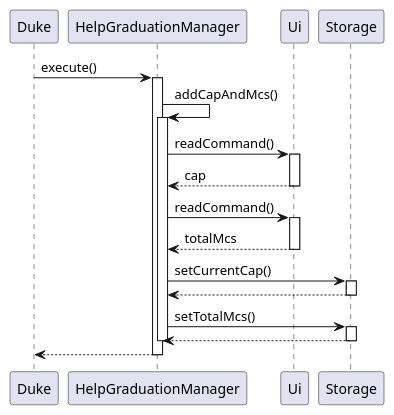
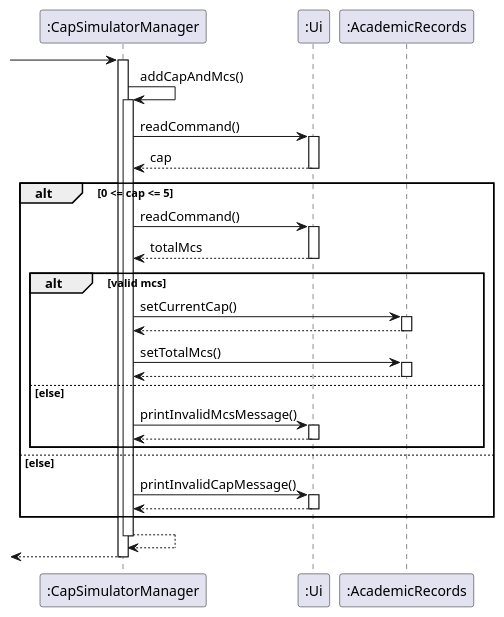
Before and after one commit to nus-cs2113-AY2021S2/tp: the diagram in docs/diagrams/capCalculator/addCapAndMcs.puml, drawn with PlantUML. The commit also changed 6 other files, not shown here.

Commit message:
fix DG info and diagrams.

```diff
--- a/docs/diagrams/capCalculator/addCapAndMcs.puml
+++ b/docs/diagrams/capCalculator/addCapAndMcs.puml
@@ -1,27 +1,40 @@
 @startuml
 'https://plantuml.com/sequence-diagram
 
-participant Duke
-Duke -> HelpGraduationManager : execute()
-activate HelpGraduationManager
-HelpGraduationManager -> HelpGraduationManager : addCapAndMcs()
-activate HelpGraduationManager
-HelpGraduationManager -> Ui : readCommand()
-activate Ui
-Ui --> HelpGraduationManager : cap
-deactivate Ui
-HelpGraduationManager -> Ui: readCommand()
-activate Ui
-Ui --> HelpGraduationManager : totalMcs
-deactivate Ui
-HelpGraduationManager -> Storage : setCurrentCap()
-activate Storage
-Storage --> HelpGraduationManager
-deactivate Storage
-HelpGraduationManager -> Storage : setTotalMcs()
-activate Storage
-Storage --> HelpGraduationManager
-deactivate Storage
-deactivate HelpGraduationManager
+-> ":CapSimulatorManager"
+activate ":CapSimulatorManager"
+":CapSimulatorManager" -> ":CapSimulatorManager" : addCapAndMcs()
+activate ":CapSimulatorManager"
+
+":CapSimulatorManager" -> ":Ui" : readCommand()
+activate ":Ui"
+":Ui" --> ":CapSimulatorManager" : cap
+deactivate ":Ui"
+
+alt 0 <= cap <= 5
+":CapSimulatorManager" -> ":Ui": readCommand()
+activate ":Ui"
+":Ui" --> ":CapSimulatorManager" : totalMcs
+deactivate ":Ui"
+alt valid mcs
+":CapSimulatorManager" -> ":AcademicRecords" : setCurrentCap()
+activate ":AcademicRecords"
+":AcademicRecords" --> ":CapSimulatorManager"
+deactivate ":AcademicRecords"
+":CapSimulatorManager" -> ":AcademicRecords" : setTotalMcs()
+activate ":AcademicRecords"
+":AcademicRecords" --> ":CapSimulatorManager"
+deactivate ":AcademicRecords"
+else else
+":CapSimulatorManager" -> ":Ui" : printInvalidMcsMessage()
+activate ":Ui"
+return
+end
+else else
+":CapSimulatorManager" -> ":Ui" : printInvalidCapMessage()
+activate ":Ui"
+return
+end
+return
 return
 @enduml
```
